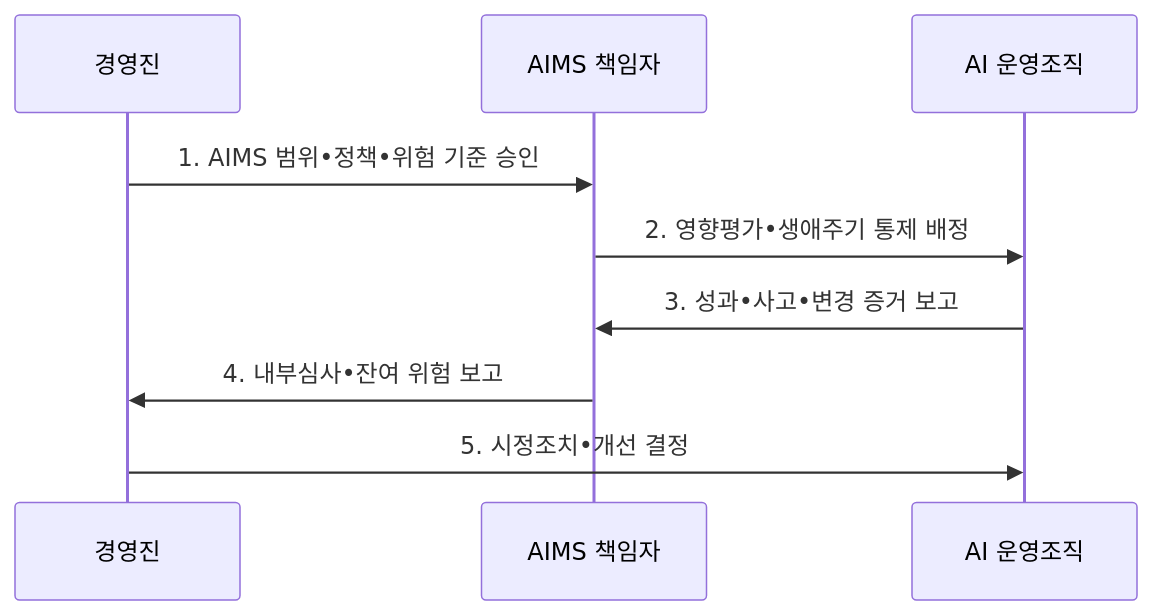
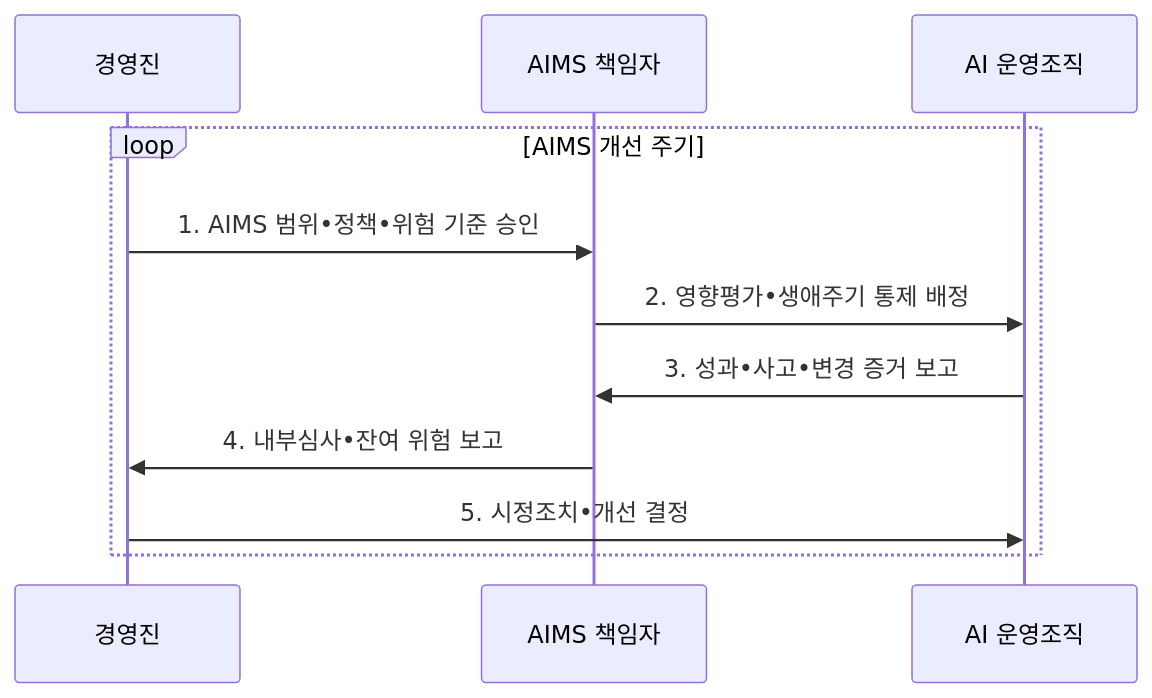
The second of 2 diagrams in src/content/docs/notes/07-law-policy/031_iso_42001.md (agnusdei1207/knowledge-base), drawn with Mermaid before and after one commit. The commit also changed other lines of this file and 20 other files, not shown here.

````diff
--- a/src/content/docs/notes/07-law-policy/031_iso_42001.md
+++ b/src/content/docs/notes/07-law-policy/031_iso_42001.md
@@ -113,11 +113,13 @@
 ```mermaid
 sequenceDiagram
     participant M as 경영진
     participant A as AIMS 책임자
     participant O as AI 운영조직
-    M->>A: 1. AIMS 범위•정책•위험 기준 승인
-    A->>O: 2. 영향평가•생애주기 통제 배정
-    O->>A: 3. 성과•사고•변경 증거 보고
-    A->>M: 4. 내부심사•잔여 위험 보고
-    M->>O: 5. 시정조치•개선 결정
+    loop AIMS 개선 주기
+        M->>A: 1. AIMS 범위•정책•위험 기준 승인
+        A->>O: 2. 영향평가•생애주기 통제 배정
+        O->>A: 3. 성과•사고•변경 증거 보고
+        A->>M: 4. 내부심사•잔여 위험 보고
+        M->>O: 5. 시정조치•개선 결정
+    end
 ```
````
